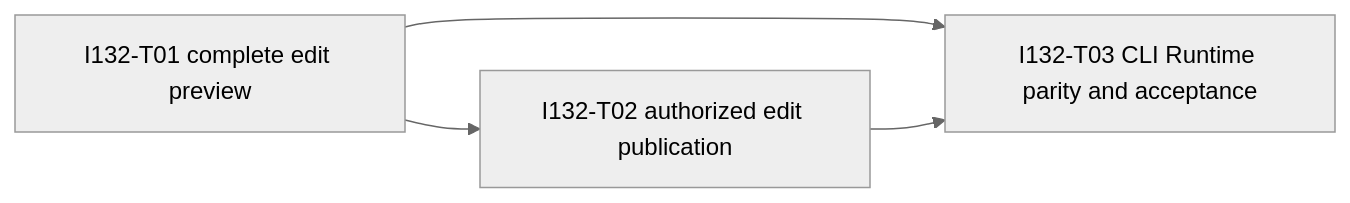
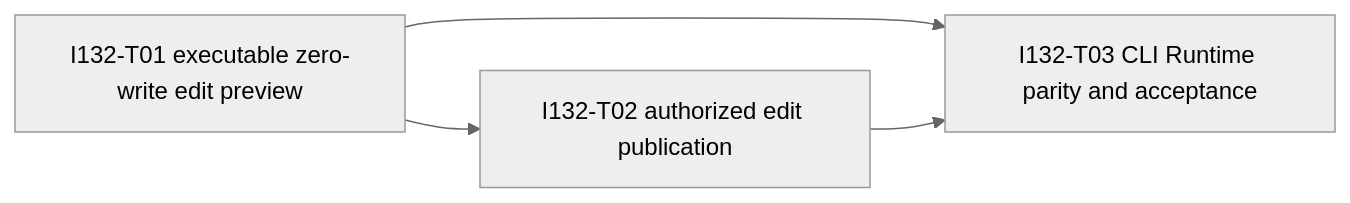
One commit to rgomids/axiom changed the second of 2 diagrams in docs/specifications/004-mvp-v1-baseline/tasks.md. Above: the diagram before and after it, drawn with Mermaid (neutral theme). The commit also changed other lines of this file and 1 other file, not shown here.

````diff
--- a/docs/specifications/004-mvp-v1-baseline/tasks.md
+++ b/docs/specifications/004-mvp-v1-baseline/tasks.md
@@ -1528,9 +1528,9 @@
 ```mermaid
 flowchart LR
-    I132T01[I132-T01 complete edit preview]
+    I132T01[I132-T01 executable zero-write edit preview]
     I132T02[I132-T02 authorized edit publication]
     I132T03[I132-T03 CLI Runtime parity and acceptance]
     I132T01 --> I132T02
     I132T01 --> I132T03
     I132T02 --> I132T03
 ```
````
